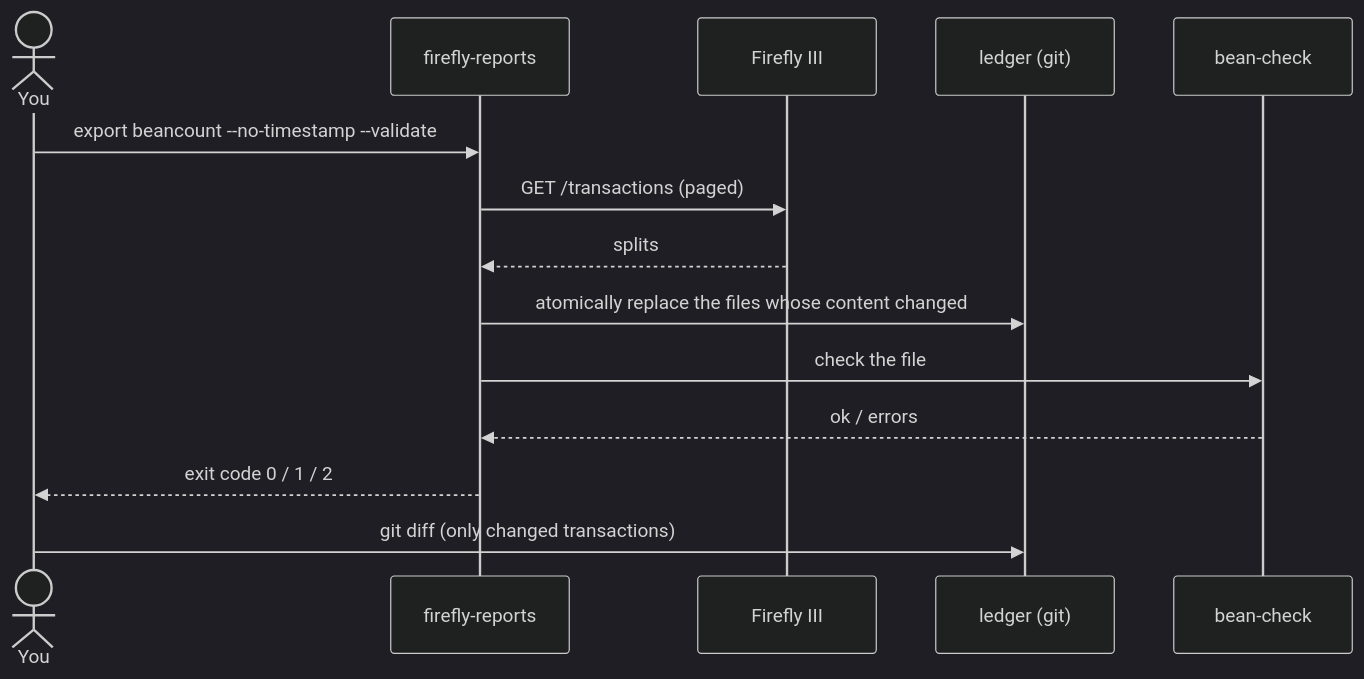
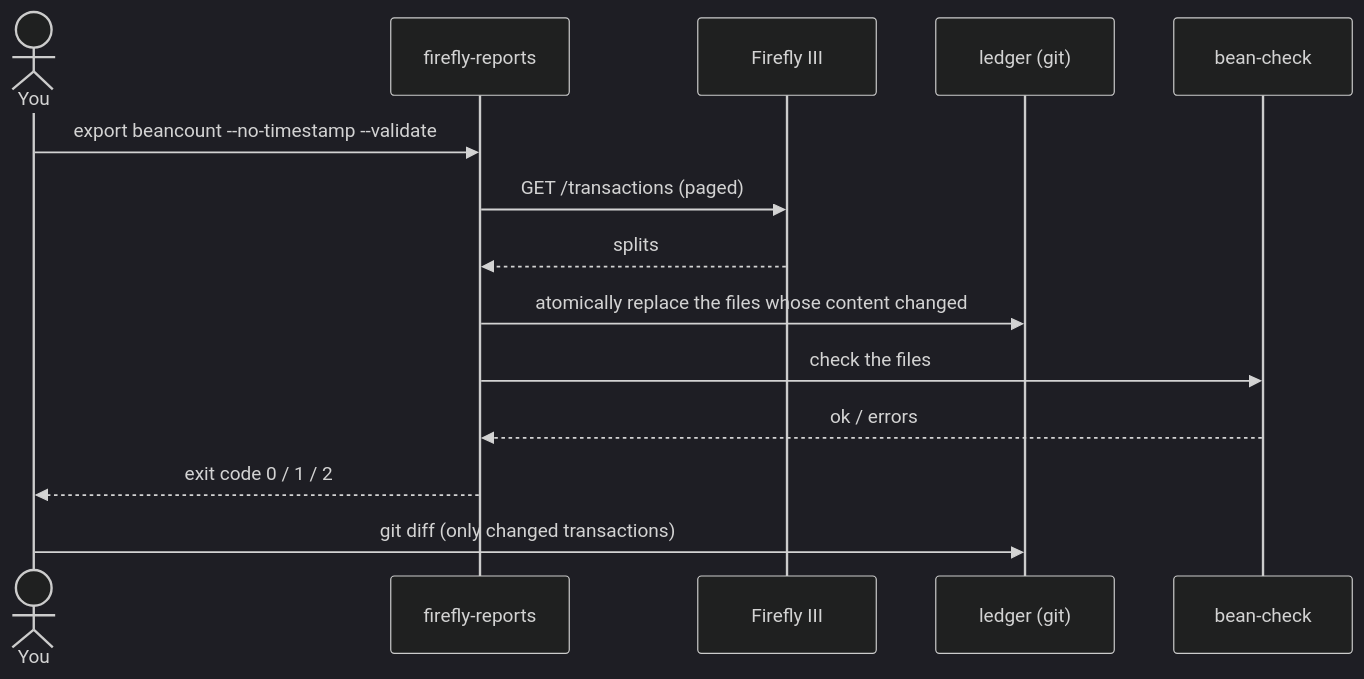
One commit to fran33git/firefly-reports changed the eighth of 9 diagrams in docs/wiki/Beancount-Export.md. Above: the diagram before and after it, drawn with Mermaid (dark theme). The commit also changed other lines of this file and 13 other files, not shown here.

````diff
--- a/docs/wiki/Beancount-Export.md
+++ b/docs/wiki/Beancount-Export.md
@@ -497,16 +623,16 @@
 ```mermaid
 sequenceDiagram
     actor U as You
     participant CLI as firefly-reports
     participant FF as Firefly III
     participant L as ledger (git)
     participant BC as bean-check
     U->>CLI: export beancount --no-timestamp --validate
     CLI->>FF: GET /transactions (paged)
     FF-->>CLI: splits
     CLI->>L: atomically replace the files whose content changed
-    CLI->>BC: check the file
+    CLI->>BC: check the files
     BC-->>CLI: ok / errors
     CLI-->>U: exit code 0 / 1 / 2
     U->>L: git diff (only changed transactions)
 ```
````
